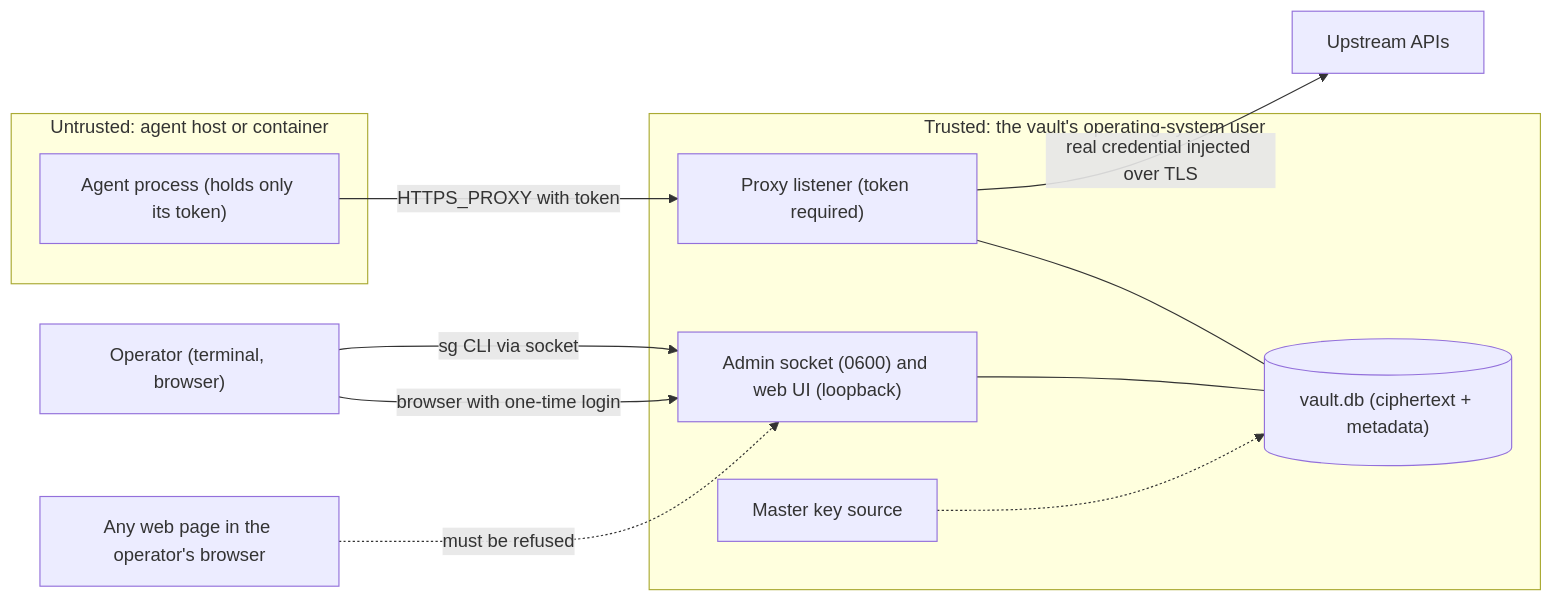
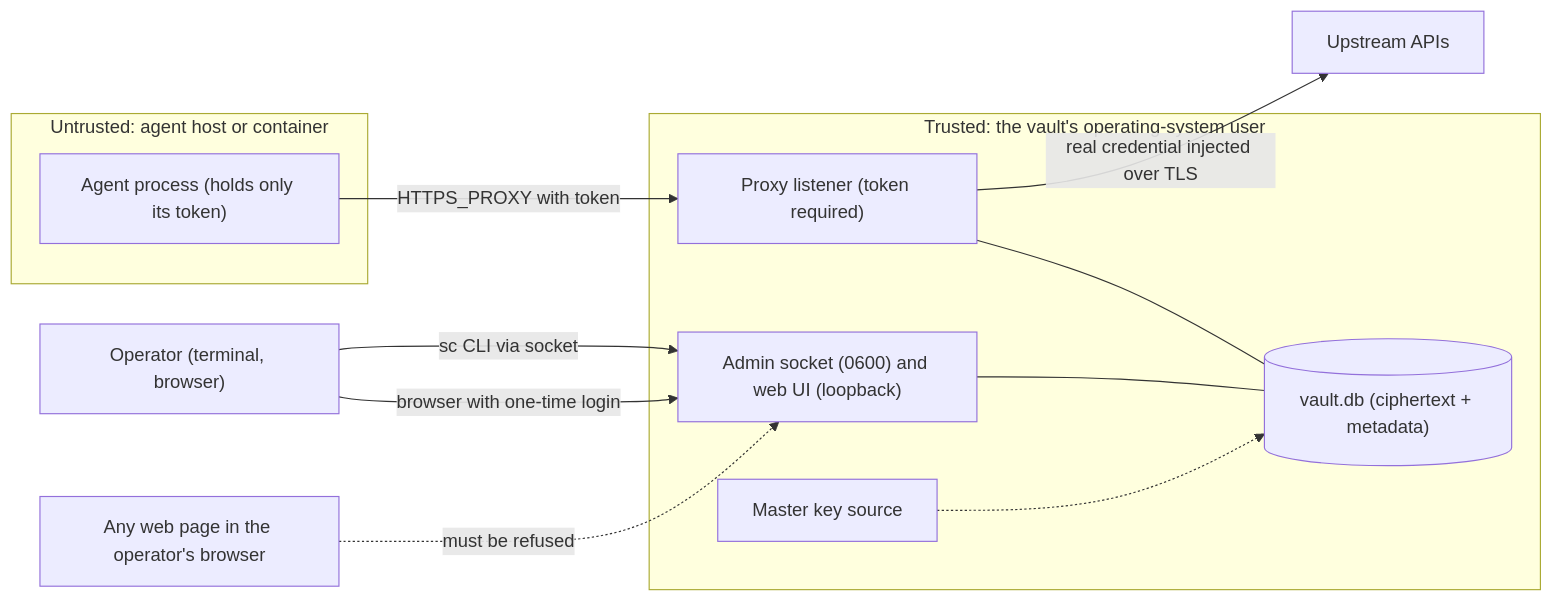
Before and after one commit to javanton/secret-custodian: the diagram in docs/security-model.md, drawn with Mermaid. The commit also changed other lines of this file and 32 other files, not shown here.

````diff
--- a/docs/security-model.md
+++ b/docs/security-model.md
@@ -38,24 +38,24 @@
 ```mermaid
 flowchart LR
     subgraph agentzone["Untrusted: agent host or container"]
         AG["Agent process (holds only its token)"]
     end
     subgraph vaultzone["Trusted: the vault's operating-system user"]
         PX["Proxy listener (token required)"]
         ADM["Admin socket (0600) and web UI (loopback)"]
         DB[("vault.db (ciphertext + metadata)")]
         KEY["Master key source"]
     end
     OP["Operator (terminal, browser)"]
     WEB["Any web page in the operator's browser"]
     UP["Upstream APIs"]
 
     AG -- "HTTPS_PROXY with token" --> PX
     PX -- "real credential injected over TLS" --> UP
     PX --- DB
     ADM --- DB
     KEY -.-> DB
-    OP -- "sg CLI via socket" --> ADM
+    OP -- "sc CLI via socket" --> ADM
     OP -- "browser with one-time login" --> ADM
     WEB -. "must be refused" .-> ADM
 ```
````
